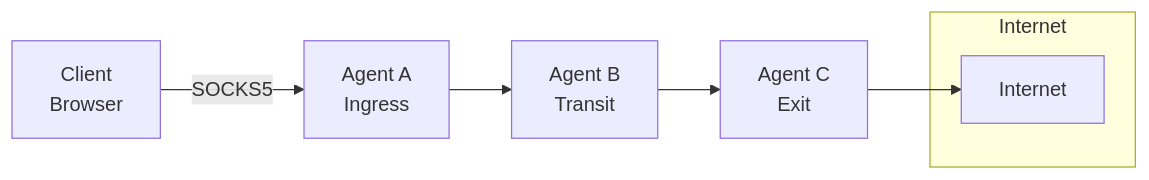
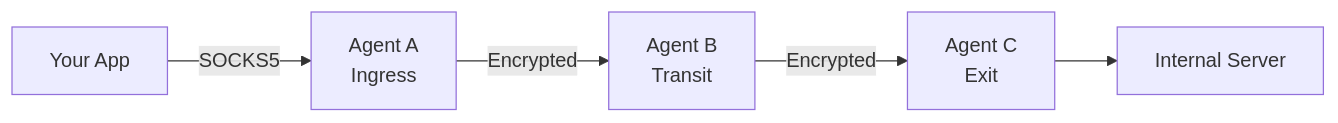
One commit to postalsys/Muti-Metroo changed the first of 4 diagrams in docs/docs/intro.md. Above: the diagram before and after it, drawn with Mermaid. The commit also changed other lines of this file, not shown here.

````diff
--- a/docs/docs/intro.md
+++ b/docs/docs/intro.md
@@ -22,11 +16,7 @@
 ```mermaid
 flowchart LR
-    subgraph Internet
-        Server[Internet]
-    end
-
-    Client[Client<br/>Browser] -->|SOCKS5| A[Agent A<br/>Ingress]
-    A --> B[Agent B<br/>Transit]
-    B --> C[Agent C<br/>Exit]
-    C --> Server
+    Client[Your App] -->|SOCKS5| A[Agent A<br/>Ingress]
+    A -->|Encrypted| B[Agent B<br/>Transit]
+    B -->|Encrypted| C[Agent C<br/>Exit]
+    C --> Target[Internal Server]
 ```
````
